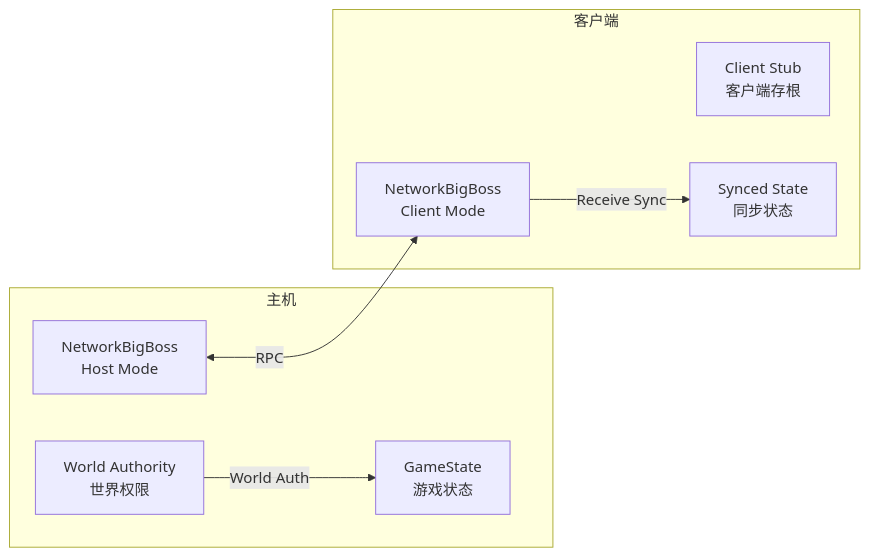
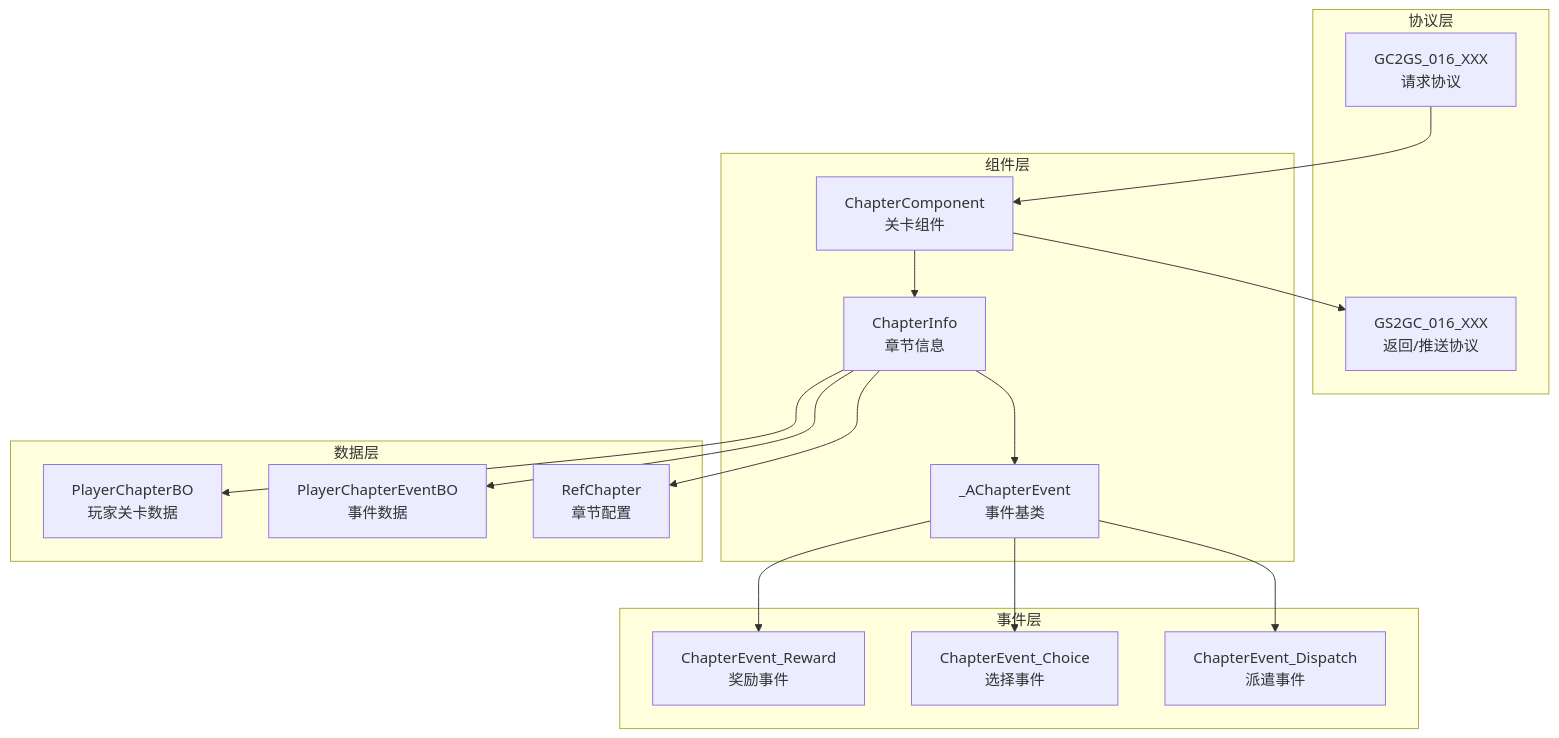
The first of 3 diagrams in docs/Module_Chapter/04_服务端开发.md (Alan-Ben/k2c_game_framework), drawn with Mermaid before and after one commit. The commit also changed other lines of this file and 6 other files, not shown here.

````diff
--- a/docs/Module_Chapter/04_服务端开发.md
+++ b/docs/Module_Chapter/04_服务端开发.md
@@ -15,18 +13,36 @@
 ```mermaid
-graph LR
-    subgraph 主机
-        A[NetworkBigBoss<br/>Host Mode]
-        B[World Authority<br/>世界权限]
-        C[GameState<br/>游戏状态]
+graph TB
+    subgraph 协议层
+        A[GC2GS_016_XXX<br/>请求协议]
+        B[GS2GC_016_XXX<br/>返回/推送协议]
     end
-    
-    subgraph 客户端
-        D[NetworkBigBoss<br/>Client Mode]
-        E[Client Stub<br/>客户端存根]
-        F[Synced State<br/>同步状态]
+
+    subgraph 组件层
+        C[ChapterComponent<br/>关卡组件]
+        D[ChapterInfo<br/>章节信息]
+        E[_AChapterEvent<br/>事件基类]
     end
-    
-    A <-->|RPC| D
-    B -->|World Auth| C
-    D -->|Receive Sync| F
+
+    subgraph 事件层
+        F[ChapterEvent_Reward<br/>奖励事件]
+        G[ChapterEvent_Choice<br/>选择事件]
+        H[ChapterEvent_Dispatch<br/>派遣事件]
+    end
+
+    subgraph 数据层
+        I[PlayerChapterBO<br/>玩家关卡数据]
+        J[PlayerChapterEventBO<br/>事件数据]
+        K[RefChapter<br/>章节配置]
+    end
+
+    A --> C
+    C --> D
+    D --> E
+    E --> F
+    E --> G
+    E --> H
+    D --> I
+    D --> J
+    D --> K
+    C --> B
 ```
````
